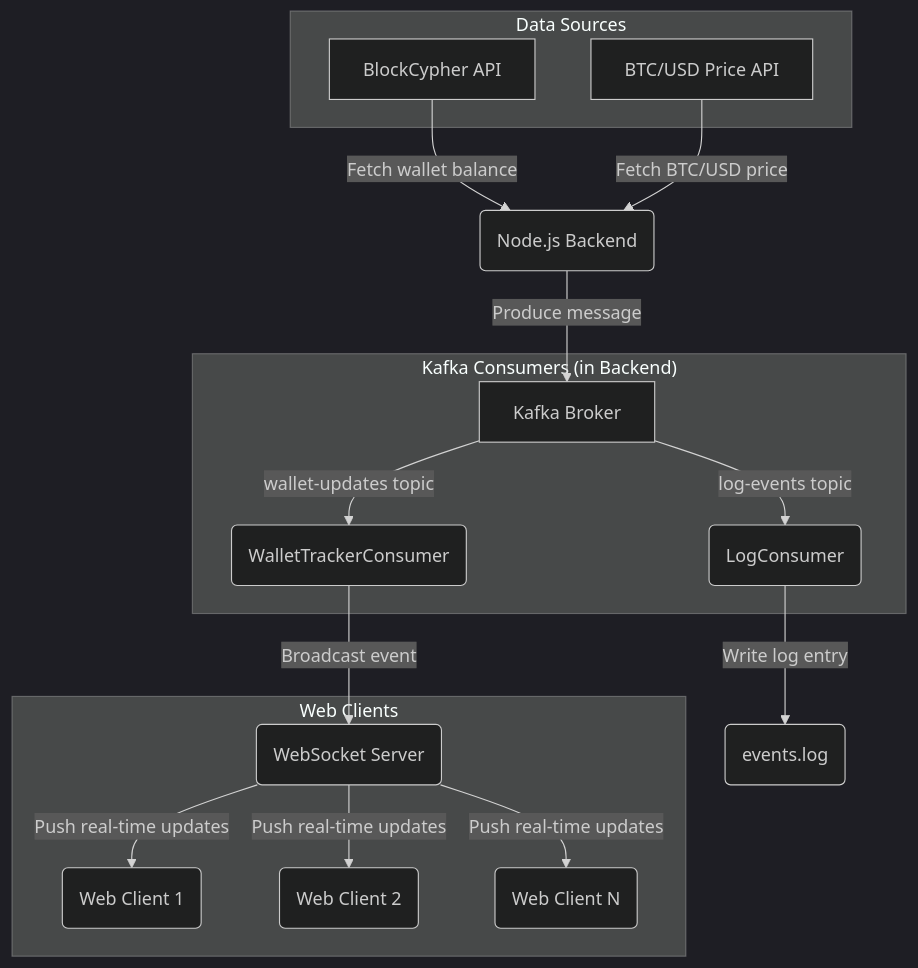
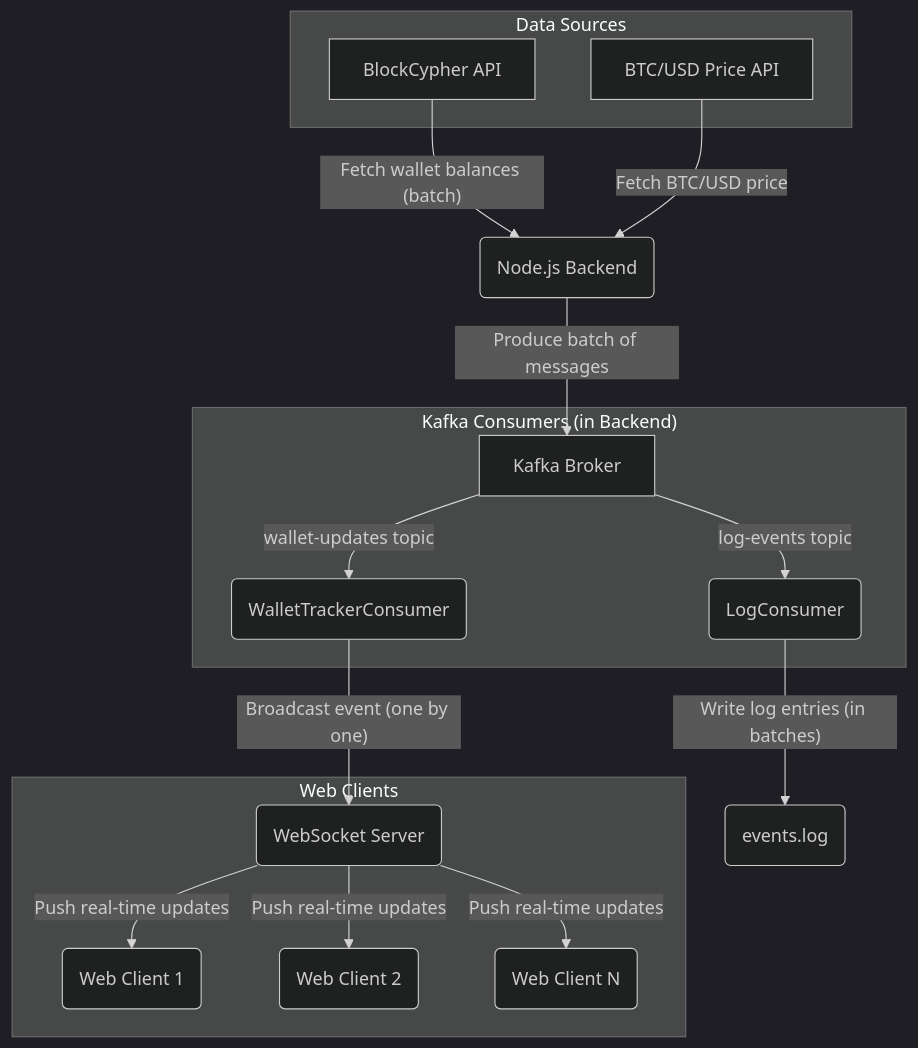
One commit to idanDayani/realtime-bitcoin-wallet-tracker-server changed the diagram in README.md. Above: the diagram before and after it, drawn with Mermaid (dark theme). The commit also changed 8 other files, not shown here.

Commit message:
Refactor wallet data handling to support batch fetching and improve logging.

````diff
--- a/README.md
+++ b/README.md
@@ -15,28 +15,28 @@
 ```mermaid
 graph TD
     subgraph "Data Sources"
         A[BlockCypher API]
         P[BTC/USD Price API]
     end
 
     B(Node.js Backend)
 
-    A -- "Fetch wallet balance" --> B
+    A -- "Fetch wallet balances (batch)" --> B
     P -- "Fetch BTC/USD price" --> B
 
-    B -- "Produce message" --> K[Kafka Broker]
+    B -- "Produce batch of messages" --> K[Kafka Broker]
 
     subgraph "Kafka Consumers (in Backend)"
         K -->|wallet-updates topic| WC(WalletTrackerConsumer)
         K -->|log-events topic| LC(LogConsumer)
     end
 
-    WC -- "Broadcast event" --> WS(WebSocket Server)
-    LC -- "Write log entry" --> LF(events.log)
+    WC -- "Broadcast event (one by one)" --> WS(WebSocket Server)
+    LC -- "Write log entries (in batches)" --> LF(events.log)
 
     subgraph "Web Clients"
         WS -- "Push real-time updates" --> C1(Web Client 1)
         WS -- "Push real-time updates" --> C2(Web Client 2)
         WS -- "Push real-time updates" --> CN(Web Client N)
     end
 ```
````
